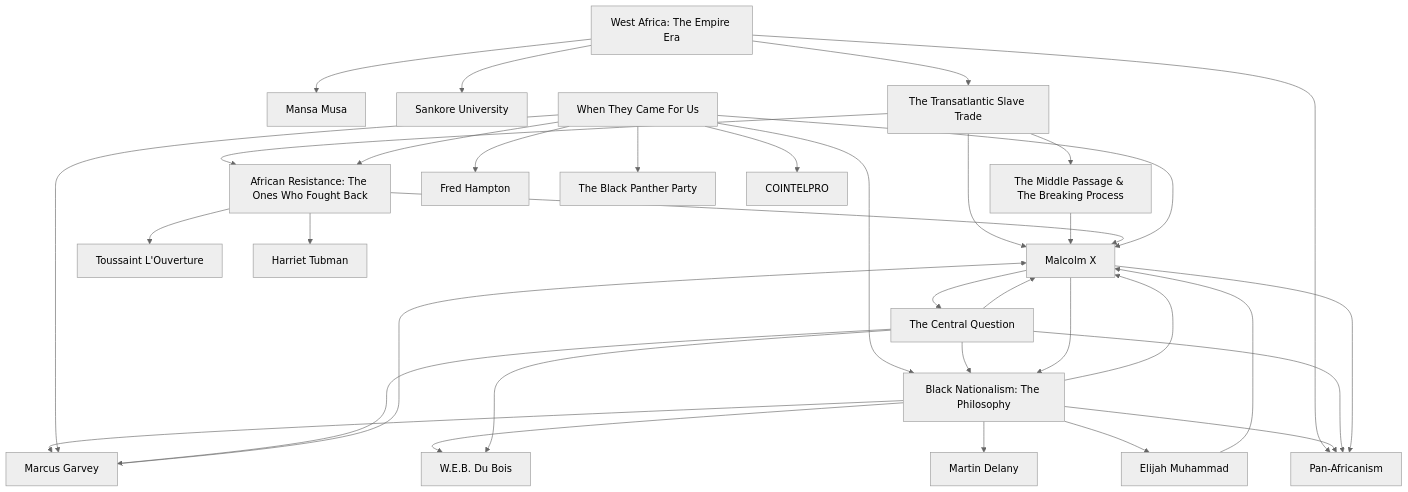
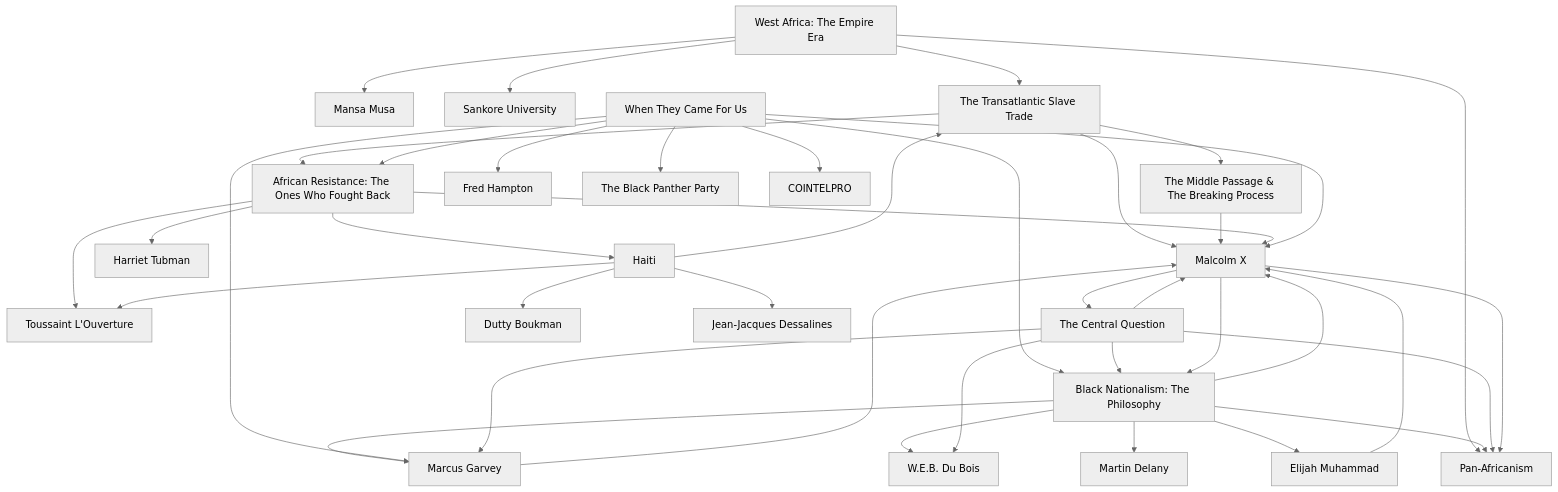
One commit to NSM-Barii/black_america changed the diagram in README.md. Above: the diagram before and after it, drawn with Mermaid (neutral theme). The commit also changed other lines of this file and 2 other files, not shown here.

````diff
--- a/README.md
+++ b/README.md
@@ -66,44 +82,50 @@
 ```mermaid
 graph TD
     WA[West Africa: The Empire Era] --> MS[Mansa Musa]
     WA --> SU[Sankore University]
     WA --> TT[The Transatlantic Slave Trade]
     WA --> PA[Pan-Africanism]
 
     TT --> MP[The Middle Passage & The Breaking Process]
     TT --> AR[African Resistance: The Ones Who Fought Back]
     TT --> MX[Malcolm X]
 
     MP --> MX
     AR --> MX
     AR --> TL[Toussaint L'Ouverture]
     AR --> HT[Harriet Tubman]
+    AR --> HAI[Haiti]
 
     BN[Black Nationalism: The Philosophy] --> MG[Marcus Garvey]
     BN --> DB[W.E.B. Du Bois]
     BN --> MD[Martin Delany]
     BN --> EM[Elijah Muhammad]
     BN --> MX
     BN --> PA
 
     MG --> MX
     EM --> MX
 
     WTC[When They Came For Us] --> MG
     WTC --> MX
     WTC --> BN
     WTC --> AR
     WTC --> FH[Fred Hampton]
     WTC --> BP[The Black Panther Party]
     WTC --> CO[COINTELPRO]
 
     CQ[The Central Question] --> BN
     CQ --> MG
     CQ --> DB
     CQ --> MX
     CQ --> PA
 
     MX --> CQ
     MX --> BN
     MX --> PA
+
+    HAI --> TL
+    HAI --> DB2[Dutty Boukman]
+    HAI --> JD[Jean-Jacques Dessalines]
+    HAI --> TT
 ```
````
